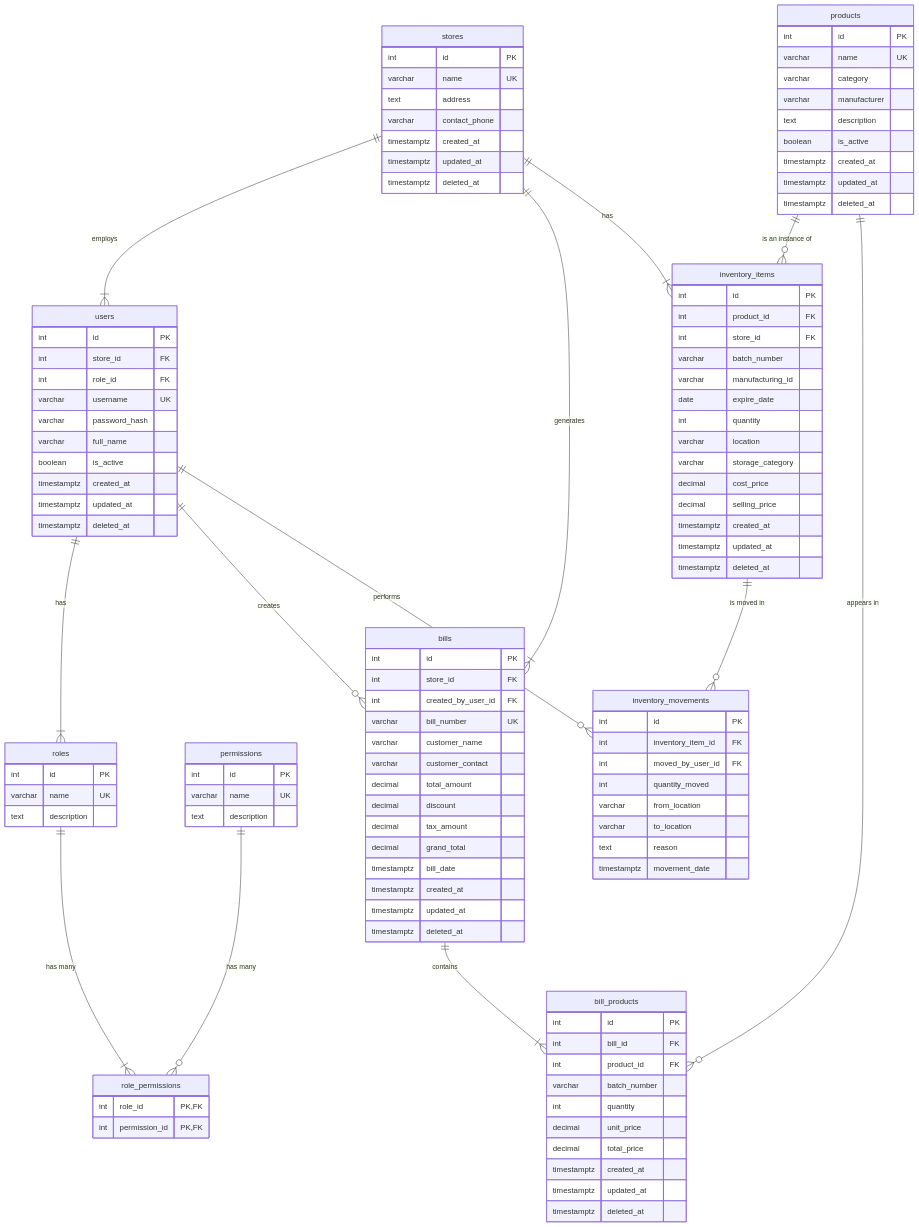
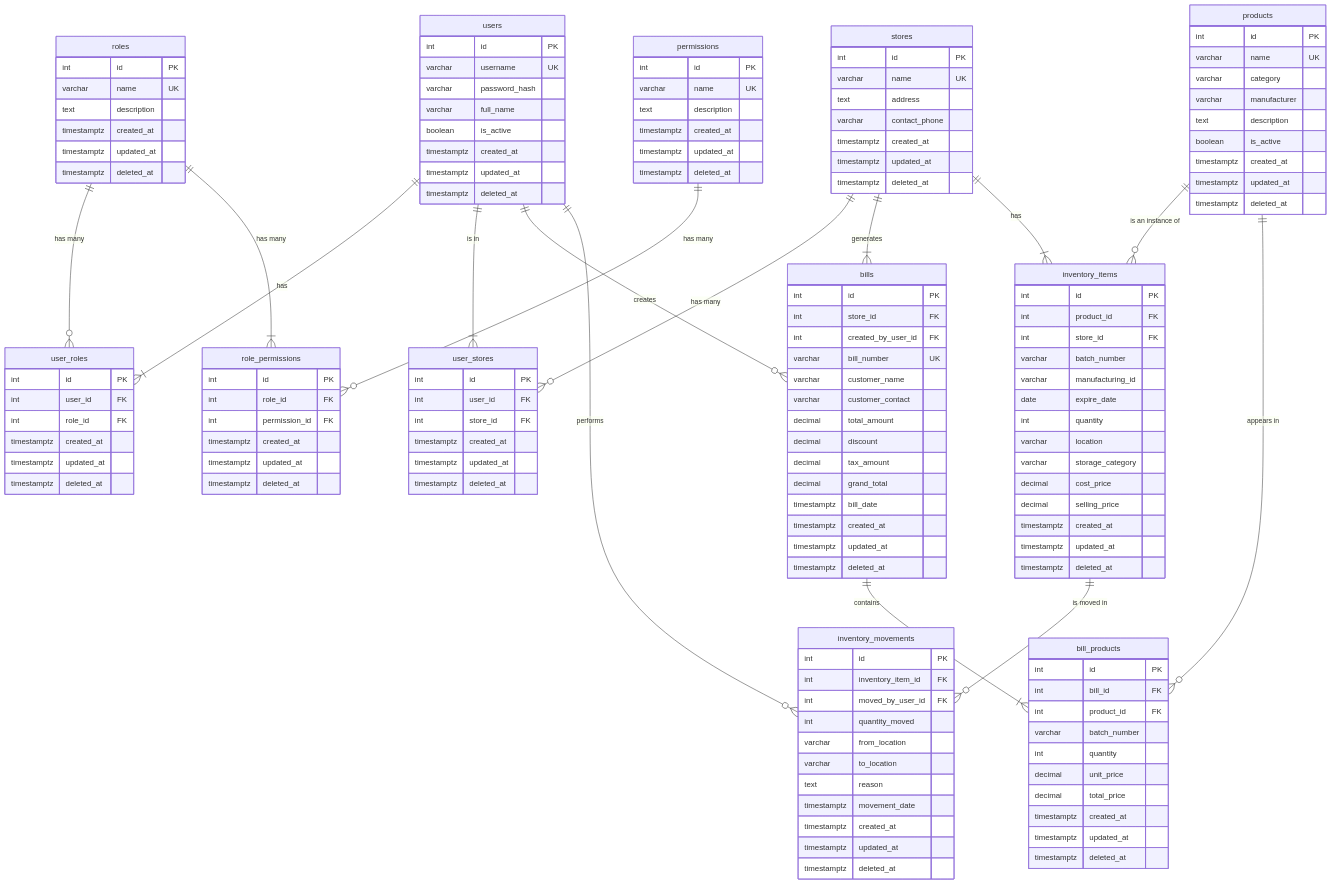
The diagram in docs/technical/schema_design.md (rohitagarwal-gkmit/retailpulse-docs), drawn with Mermaid before and after one commit. The commit also changed other lines of this file and 6 other files, not shown here.

Commit message:
[feat]: Update documentation to reflect changes in user roles, permissions, and system functionalities

````diff
--- a/docs/technical/schema_design.md
+++ b/docs/technical/schema_design.md
@@ -15,9 +13,22 @@
 ```mermaid
 erDiagram
+    users ||--|{ user_roles : "has"
+    roles ||--o{ user_roles : "has many"
+    users ||--|{ user_stores : "is in"
+    stores ||--o{ user_stores : "has many"
+    roles ||--|{ role_permissions : "has many"
+    permissions ||--o{ role_permissions : "has many"
+    stores ||--|{ bills : "generates"
+    stores ||--|{ inventory_items : "has"
+    users ||--o{ bills : "creates"
+    users ||--o{ inventory_movements : "performs"
+    products ||--o{ inventory_items : "is an instance of"
+    bills ||--|{ bill_products : "contains"
+    products ||--o{ bill_products : "appears in"
+    inventory_items ||--o{ inventory_movements : "is moved in"
+
     users {
         int id PK
-        int store_id FK
-        int role_id FK
         varchar username UK
         varchar password_hash
         varchar full_name
@@ -31,17 +42,36 @@
         int id PK
         varchar name UK
         text description
+        timestamptz created_at
+        timestamptz updated_at
+        timestamptz deleted_at
+    }
+    
+    user_roles {
+        int id PK
+        int user_id FK
+        int role_id FK
+        timestamptz created_at
+        timestamptz updated_at
+        timestamptz deleted_at
     }
 
     permissions {
         int id PK
         varchar name UK
         text description
+        timestamptz created_at
+        timestamptz updated_at
+        timestamptz deleted_at
     }
 
     role_permissions {
-        int role_id PK, FK
-        int permission_id PK, FK
+        int id PK
+        int role_id FK
+        int permission_id FK
+        timestamptz created_at
+        timestamptz updated_at
+        timestamptz deleted_at
     }
 
     stores {
@@ -49,6 +79,15 @@
         varchar name UK
         text address
         varchar contact_phone
+        timestamptz created_at
+        timestamptz updated_at
+        timestamptz deleted_at
+    }
+
+    user_stores {
+        int id PK
+        int user_id FK
+        int store_id FK
         timestamptz created_at
         timestamptz updated_at
         timestamptz deleted_at
@@ -92,6 +131,9 @@
         varchar to_location
         text reason
         timestamptz movement_date
+        timestamptz created_at
+        timestamptz updated_at
+        timestamptz deleted_at
     }
 
     bills {
@@ -123,17 +165,4 @@
         timestamptz updated_at
         timestamptz deleted_at
     }
-
-    users ||--|{ roles : "has"
-    roles ||--|{ role_permissions : "has many"
-    permissions ||--o{ role_permissions : "has many"
-    stores ||--|{ users : "employs"
-    stores ||--|{ bills : "generates"
-    stores ||--|{ inventory_items : "has"
-    users ||--o{ bills : "creates"
-    users ||--o{ inventory_movements : "performs"
-    products ||--o{ inventory_items : "is an instance of"
-    bills ||--|{ bill_products : "contains"
-    products ||--o{ bill_products : "appears in"
-    inventory_items ||--o{ inventory_movements : "is moved in"
 ```
````
